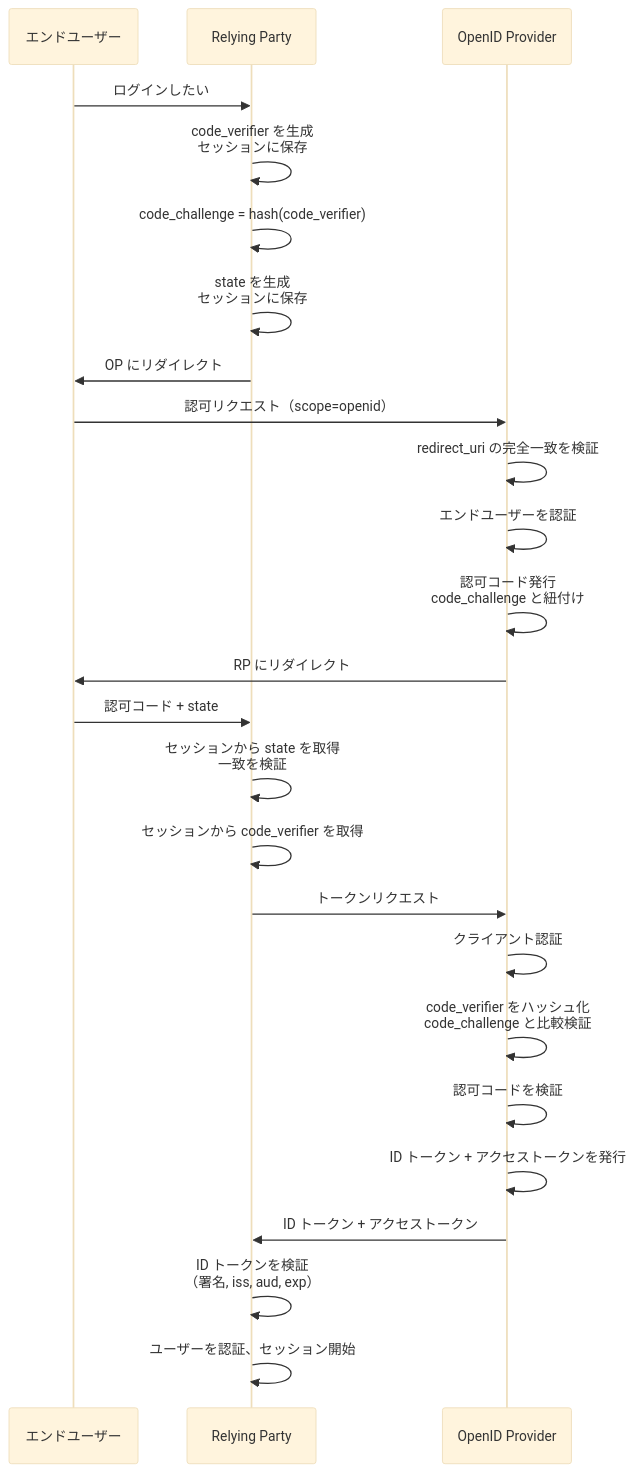
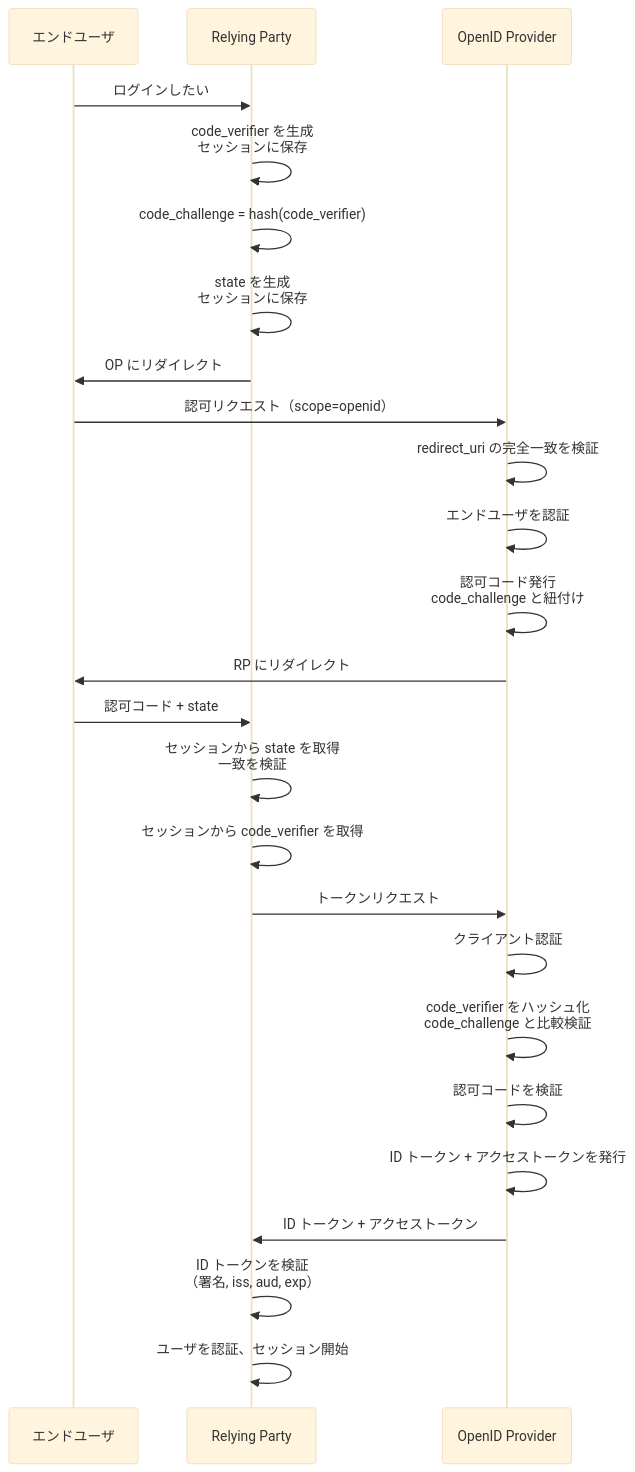
One commit to calloc134/zenn-dir changed the diagram in books/sikkari-oauth-oidc/26-oidc-complete-flow.md. Above: the diagram before and after it, drawn with Mermaid (base theme). The commit also changed other lines of this file and 6 other files, not shown here.

````diff
--- a/books/sikkari-oauth-oidc/26-oidc-complete-flow.md
+++ b/books/sikkari-oauth-oidc/26-oidc-complete-flow.md
@@ -24,28 +24,28 @@
 ```mermaid
 sequenceDiagram
-    participant EU as エンドユーザー
+    participant EU as エンドユーザ
     participant RP as Relying Party
     participant OP as OpenID Provider
 
     EU->>RP: ログインしたい
     RP->>RP: code_verifier を生成<br>セッションに保存
     RP->>RP: code_challenge = hash(code_verifier)
     RP->>RP: state を生成<br>セッションに保存
     RP->>EU: OP にリダイレクト
     EU->>OP: 認可リクエスト（scope=openid）
     OP->>OP: redirect_uri の完全一致を検証
-    OP->>OP: エンドユーザーを認証
+    OP->>OP: エンドユーザを認証
     OP->>OP: 認可コード発行<br>code_challenge と紐付け
     OP->>EU: RP にリダイレクト
     EU->>RP: 認可コード + state
     RP->>RP: セッションから state を取得<br>一致を検証
     RP->>RP: セッションから code_verifier を取得
     RP->>OP: トークンリクエスト
     OP->>OP: クライアント認証
     OP->>OP: code_verifier をハッシュ化<br>code_challenge と比較検証
     OP->>OP: 認可コードを検証
     OP->>OP: ID トークン + アクセストークンを発行
     OP->>RP: ID トークン + アクセストークン
     RP->>RP: ID トークンを検証<br>（署名, iss, aud, exp）
-    RP->>RP: ユーザーを認証、セッション開始
+    RP->>RP: ユーザを認証、セッション開始
 ```
````
